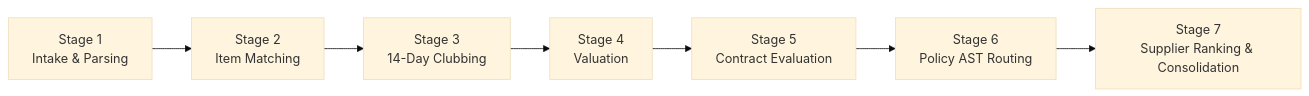
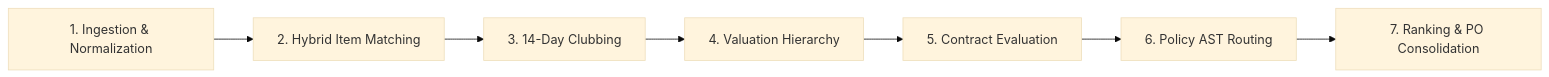
The diagram in APPROACH.md (jatinsharma2005/corvo-procurement-intelligence), drawn with Mermaid (base theme) before and after one commit. The commit also changed other lines of this file and 2 other files, not shown here.

Commit message:
docs: improve project architecture and engineering documentation

````diff
--- a/APPROACH.md
+++ b/APPROACH.md
@@ -25,9 +63,9 @@
 ```mermaid
 flowchart LR
-    A["Stage 1<br/>Intake & Parsing"] --> B["Stage 2<br/>Item Matching"]
-    B --> C["Stage 3<br/>14-Day Clubbing"]
-    C --> D["Stage 4<br/>Valuation"]
-    D --> E["Stage 5<br/>Contract Evaluation"]
-    E --> F["Stage 6<br/>Policy AST Routing"]
-    F --> G["Stage 7<br/>Supplier Ranking & Consolidation"]
+    S1["1. Ingestion & Normalization"] --> S2["2. Hybrid Item Matching"]
+    S2 --> S3["3. 14-Day Clubbing"]
+    S3 --> S4["4. Valuation Hierarchy"]
+    S4 --> S5["5. Contract Evaluation"]
+    S5 --> S6["6. Policy AST Routing"]
+    S6 --> S7["7. Ranking & PO Consolidation"]
 ```
````
